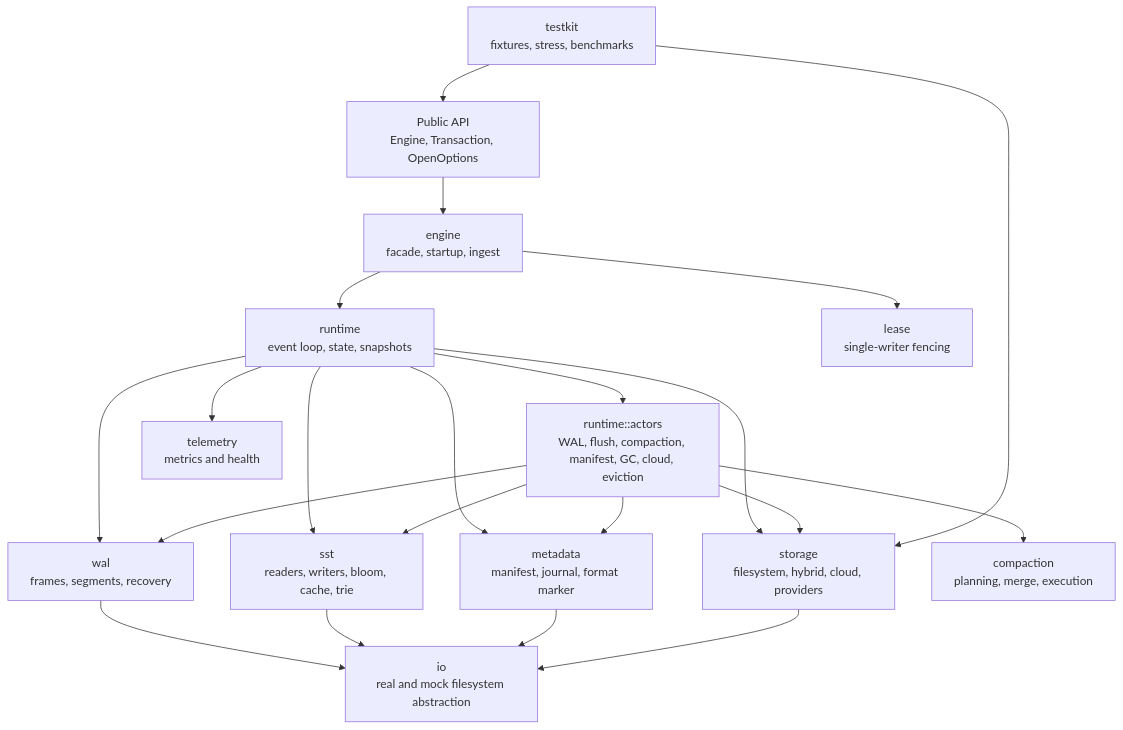
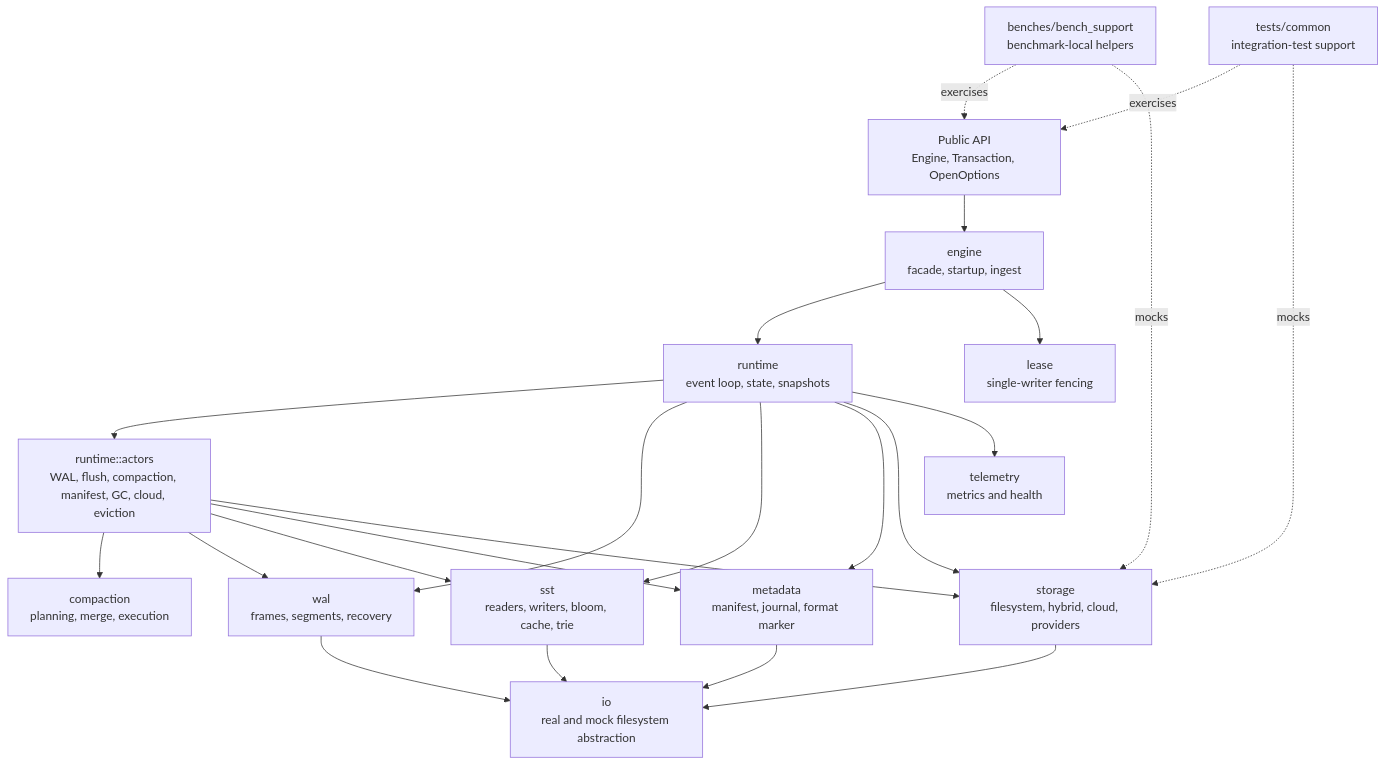
The first of 10 diagrams in docs/development/architecture-diagrams.md (cntryl/midge), drawn with Mermaid before and after one commit. The commit also changed 139 other files, not shown here.

Commit message:
fix: address audit findings and bench support cleanup

````diff
--- a/docs/development/architecture-diagrams.md
+++ b/docs/development/architecture-diagrams.md
@@ -7,37 +7,40 @@
 ```mermaid
 flowchart TB
     API["Public API<br/>Engine, Transaction, OpenOptions"]
     Engine["engine<br/>facade, startup, ingest"]
     Runtime["runtime<br/>event loop, state, snapshots"]
     Actors["runtime::actors<br/>WAL, flush, compaction, manifest, GC, cloud, eviction"]
     WAL["wal<br/>frames, segments, recovery"]
     SST["sst<br/>readers, writers, bloom, cache, trie"]
     Metadata["metadata<br/>manifest, journal, format marker"]
     Storage["storage<br/>filesystem, hybrid, cloud, providers"]
     IO["io<br/>real and mock filesystem abstraction"]
     Compaction["compaction<br/>planning, merge, execution"]
     Lease["lease<br/>single-writer fencing"]
     Telemetry["telemetry<br/>metrics and health"]
-    Testkit["testkit<br/>fixtures, stress, benchmarks"]
+    BenchSupport["benches/bench_support<br/>benchmark-local helpers"]
+    TestSupport["tests/common<br/>integration-test support"]
 
     API --> Engine
     Engine --> Runtime
     Engine --> Lease
     Runtime --> Actors
     Runtime --> WAL
     Runtime --> SST
     Runtime --> Metadata
     Runtime --> Storage
     Actors --> Compaction
     Actors --> WAL
     Actors --> SST
     Actors --> Metadata
     Actors --> Storage
     WAL --> IO
     SST --> IO
     Metadata --> IO
     Storage --> IO
     Runtime --> Telemetry
-    Testkit --> API
-    Testkit --> Storage
+    BenchSupport -. exercises .-> API
+    BenchSupport -. mocks .-> Storage
+    TestSupport -. exercises .-> API
+    TestSupport -. mocks .-> Storage
 ```
````
